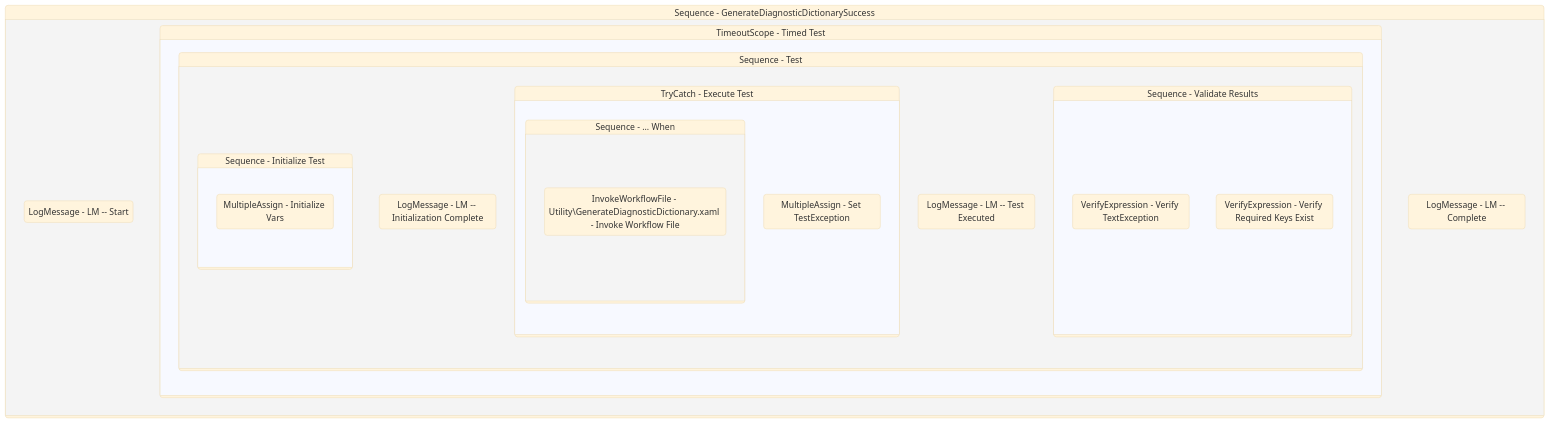
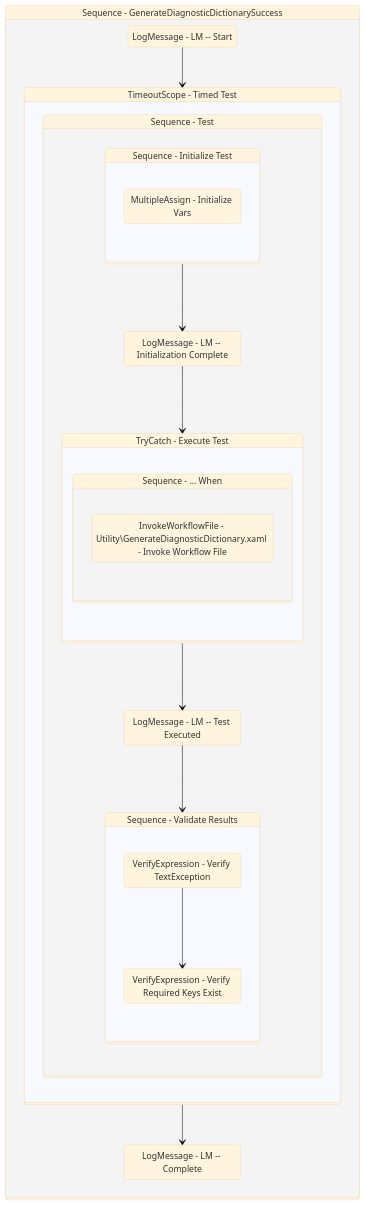
Before and after one commit to yashbrahmbhatt/LazyFramework: the diagram in Documentation/Tests/Utility/GenerateDiagnosticDictionary/GenerateDiagnosticDictionarySuccess.md, drawn with Mermaid (base theme). The commit also changed 78 other files, not shown here.

Commit message:
added handling of ifs in autodocs mermaid

````diff
--- a/Documentation/Tests/Utility/GenerateDiagnosticDictionary/GenerateDiagnosticDictionarySuccess.md
+++ b/Documentation/Tests/Utility/GenerateDiagnosticDictionary/GenerateDiagnosticDictionarySuccess.md
@@ -139,48 +139,51 @@
 ```mermaid
 stateDiagram-v2
 
 
 Sequence_1: Sequence - GenerateDiagnosticDictionarySuccess
 state Sequence_1 {
 direction TB
 LogMessage_1 : LogMessage - LM -- Start
-
+LogMessage_1 --> TimeoutScope_1
 TimeoutScope_1: TimeoutScope - Timed Test
 state TimeoutScope_1 {
 direction TB
 
 Sequence_5: Sequence - Test
 state Sequence_5 {
 direction TB
 
 Sequence_2: Sequence - Initialize Test
 state Sequence_2 {
 direction TB
 MultipleAssign_2 : MultipleAssign - Initialize Vars
 }
 LogMessage_2 : LogMessage - LM -- Initialization Complete
-
+Sequence_2 --> LogMessage_2
+LogMessage_2 --> TryCatch_1
 TryCatch_1: TryCatch - Execute Test
 state TryCatch_1 {
 direction TB
 
 Sequence_3: Sequence - ... When
 state Sequence_3 {
 direction TB
 InvokeWorkflowFile_2 : InvokeWorkflowFile - Utility\\GenerateDiagnosticDictionary.xaml - Invoke Workflow File
 }
-MultipleAssign_1 : MultipleAssign - Set TestException
 }
 LogMessage_3 : LogMessage - LM -- Test Executed
-
+TryCatch_1 --> LogMessage_3
+LogMessage_3 --> Sequence_4
 Sequence_4: Sequence - Validate Results
 state Sequence_4 {
 direction TB
 VerifyExpression_5 : VerifyExpression - Verify TextException
 VerifyExpression_6 : VerifyExpression - Verify Required Keys Exist
+VerifyExpression_5 --> VerifyExpression_6
 }
 }
 }
 LogMessage_4 : LogMessage - LM -- Complete
+TimeoutScope_1 --> LogMessage_4
 }
 ```
````
